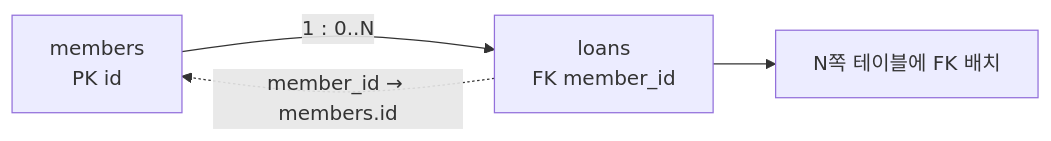
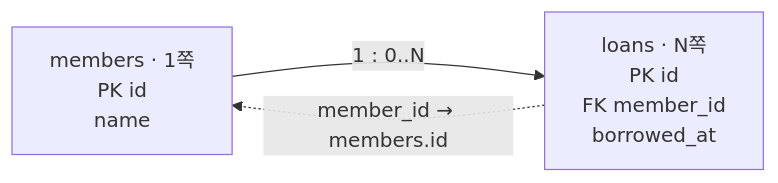
One commit to GilbertMoon/ai-database-book changed the diagram in images/chapter05/ch05_04_one_to_many_relationship.mmd. Above: the diagram before and after it, drawn with Mermaid.

Commit message:
Finalize Chapter 05 one to many Mermaid

```diff
--- a/images/chapter05/ch05_04_one_to_many_relationship.mmd
+++ b/images/chapter05/ch05_04_one_to_many_relationship.mmd
@@ -1,8 +1,5 @@
 flowchart LR
-    M[members<br/>PK id]
-    L[loans<br/>FK member_id]
-    N[N쪽 테이블에 FK 배치]
-
+    M[members · 1쪽<br/>PK id<br/>name]
+    L[loans · N쪽<br/>PK id<br/>FK member_id<br/>borrowed_at]
     M -- "1 : 0..N" --> L
     L -. "member_id → members.id" .-> M
-    L --> N
```
